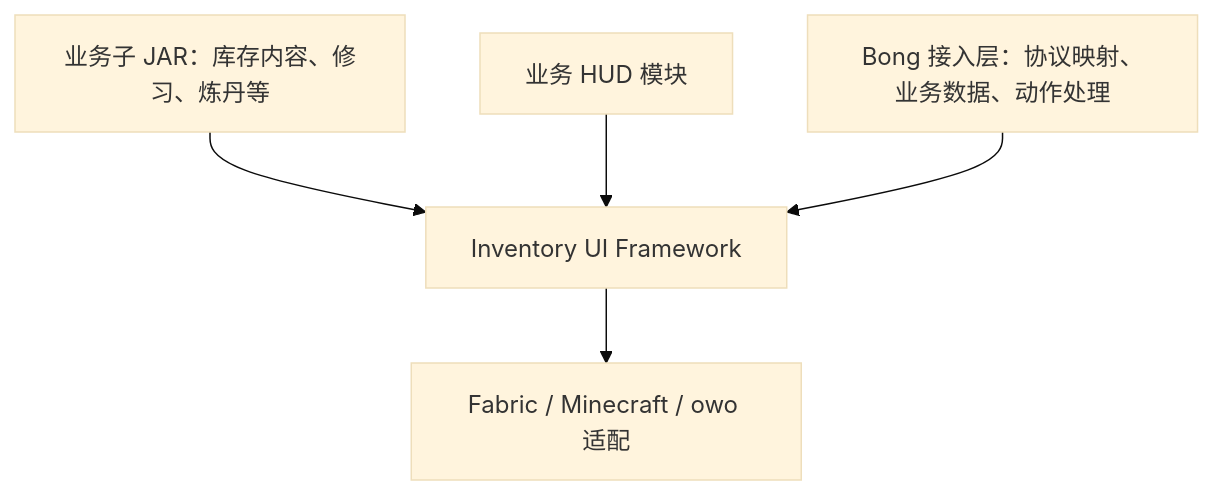
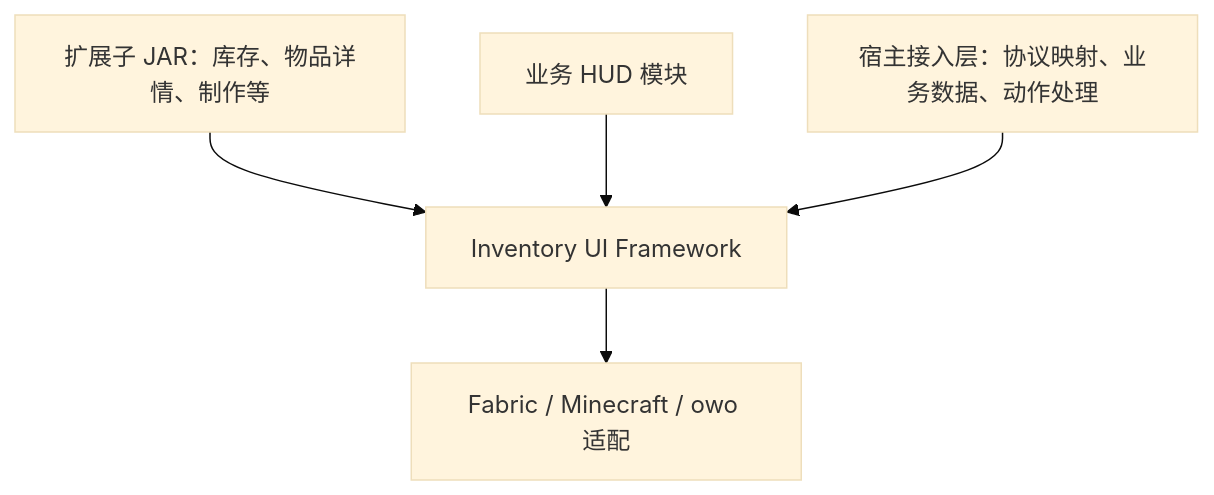
One commit to Kizunad/Kizuna-Inventory-UI-Framework changed the diagram in docs/architecture.md. Above: the diagram before and after it, drawn with Mermaid (base theme). The commit also changed other lines of this file and 3 other files, not shown here.

````diff
--- a/docs/architecture.md
+++ b/docs/architecture.md
@@ -7,7 +7,7 @@
 ```mermaid
 flowchart TD
-    Modules[业务子 JAR：库存内容、修习、炼丹等] --> Framework[Inventory UI Framework]
+    Modules[扩展子 JAR：库存、物品详情、制作等] --> Framework[Inventory UI Framework]
     Hud[业务 HUD 模块] --> Framework
-    Integration[Bong 接入层：协议映射、业务数据、动作处理] --> Framework
+    Integration[宿主接入层：协议映射、业务数据、动作处理] --> Framework
     Framework --> Platform[Fabric / Minecraft / owo 适配]
 ```
````
